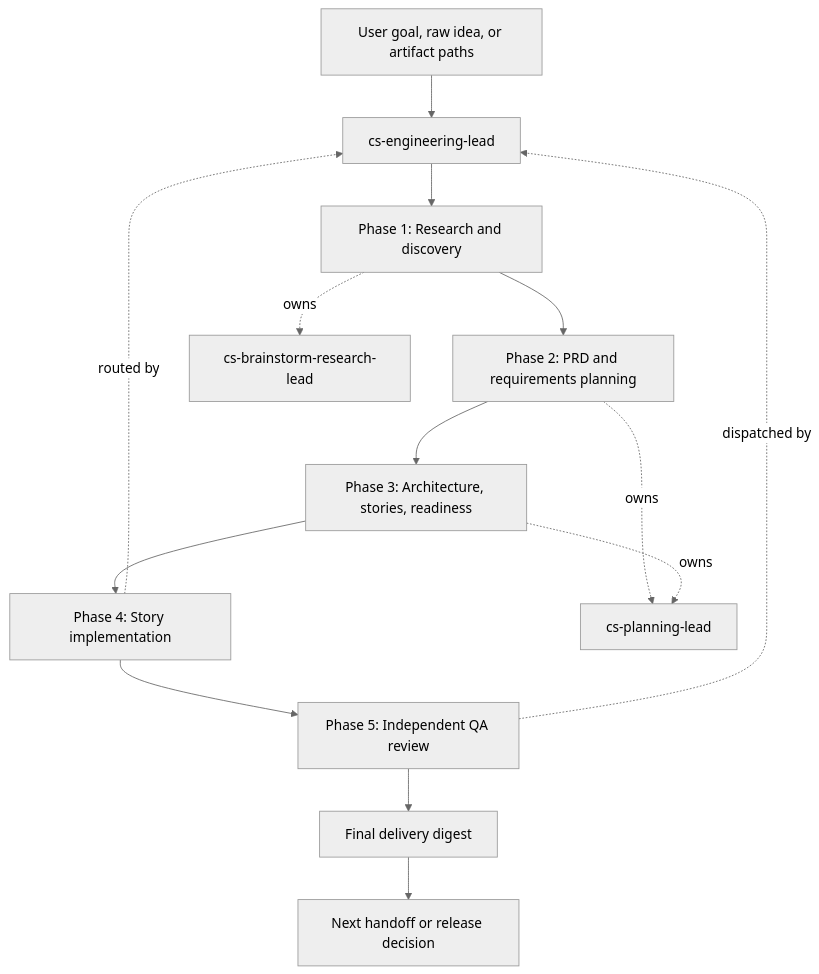
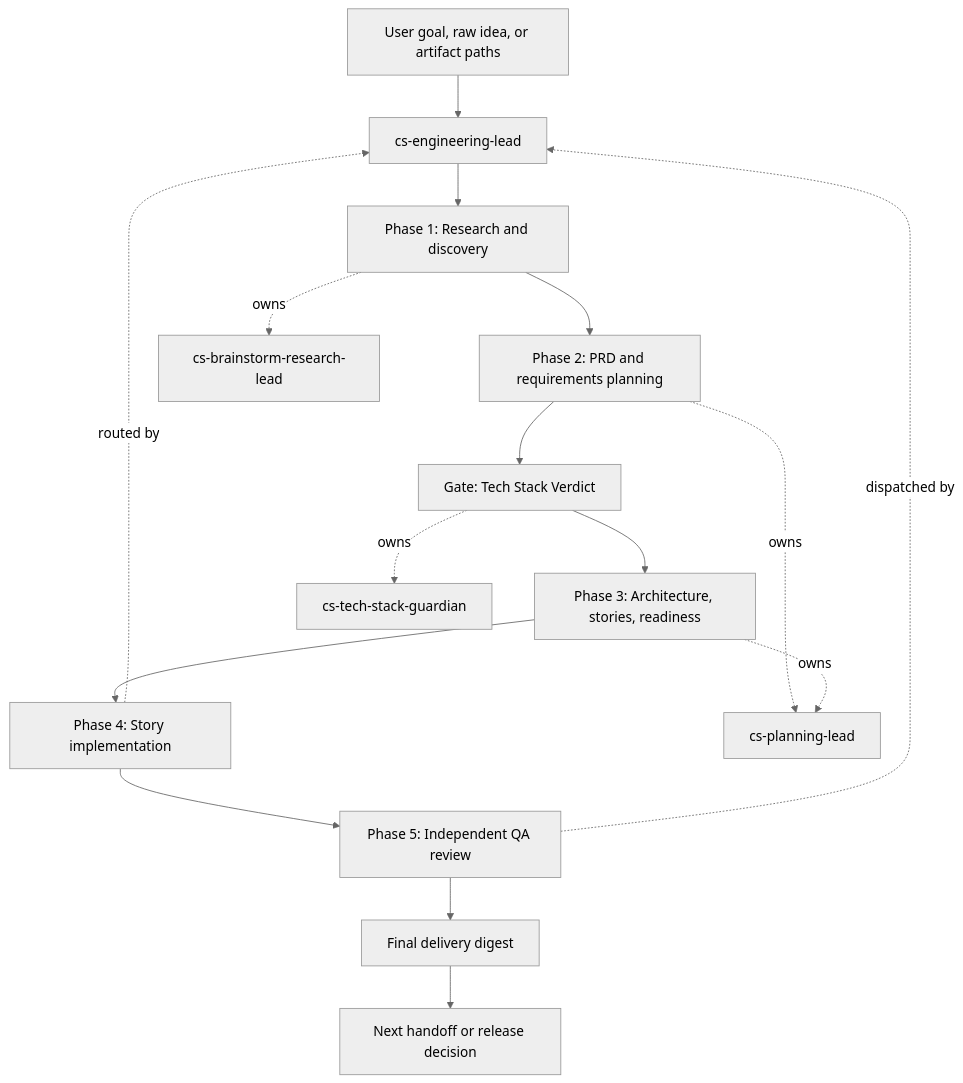
Before and after one commit to Richyboy170/AI-Flow-Spec-Driven-Agents: the first of 5 diagrams in README.md, drawn with Mermaid (neutral theme). The commit also changed other lines of this file and 29 other files, not shown here.

````diff
--- a/README.md
+++ b/README.md
@@ -30,19 +31,21 @@
 ```mermaid
 flowchart TD
   U[User goal, raw idea, or artifact paths] --> L[cs-engineering-lead]
 
   L --> R[Phase 1: Research and discovery]
   R --> P[Phase 2: PRD and requirements planning]
-  P --> A[Phase 3: Architecture, stories, readiness]
+  P --> T[Gate: Tech Stack Verdict]
+  T --> A[Phase 3: Architecture, stories, readiness]
   A --> E[Phase 4: Story implementation]
   E --> Q[Phase 5: Independent QA review]
   Q --> D[Final delivery digest]
 
   R -. owns .-> RL[cs-brainstorm-research-lead]
   P -. owns .-> PL[cs-planning-lead]
+  T -. owns .-> TG[cs-tech-stack-guardian]
   A -. owns .-> PL
   E -. routed by .-> L
   Q -. dispatched by .-> L
 
   D --> NX[Next handoff or release decision]
 ```
````
